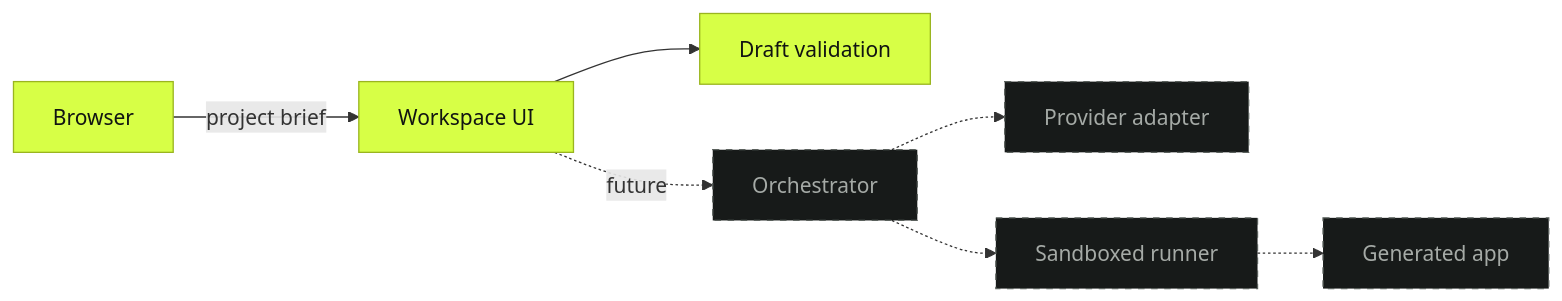
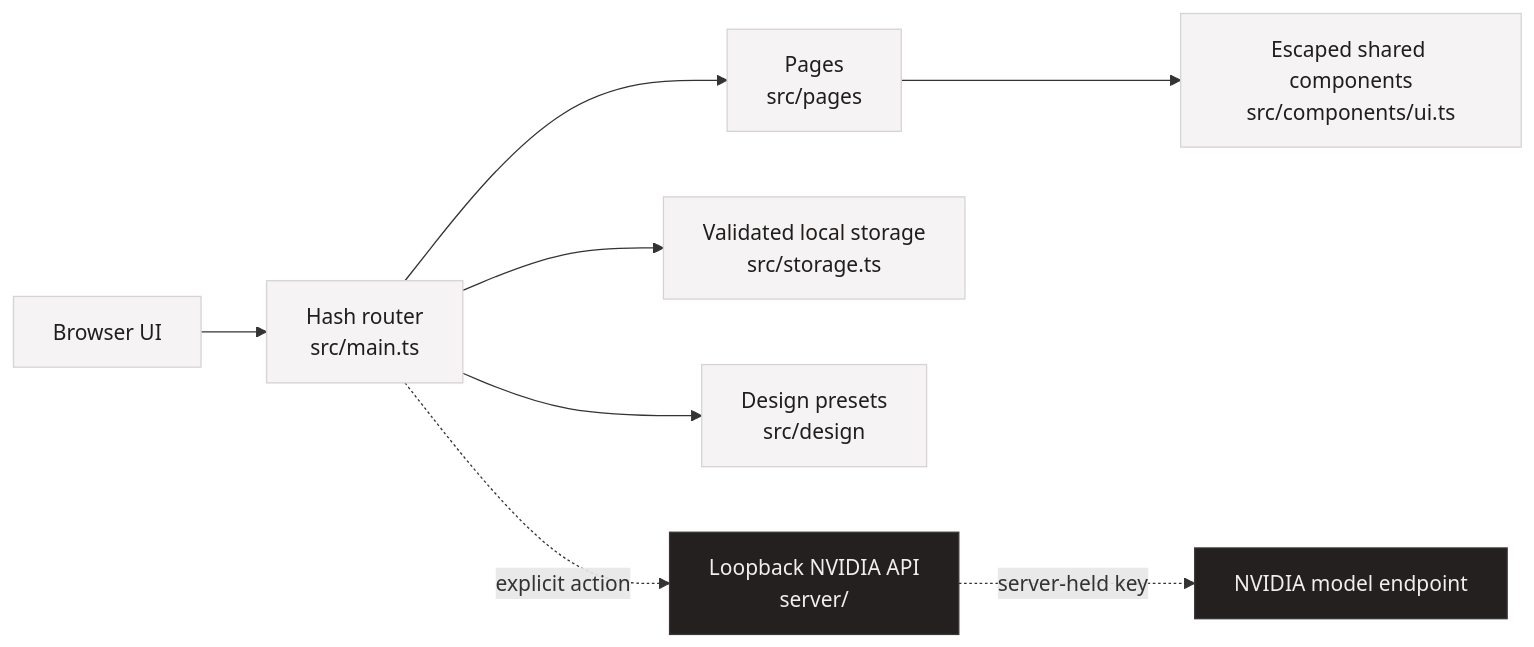
The diagram in README.md (shellcat-com/forge-ai), drawn with Mermaid before and after one commit. The commit also changed other lines of this file and 89 other files, not shown here.

````diff
--- a/README.md
+++ b/README.md
@@ -39,14 +38,15 @@
 ```mermaid
 flowchart LR
-  U[Browser] -->|project brief| W[Workspace UI]
-  W --> V[Draft validation]
-  W -. future .-> O[Orchestrator]
-  O -.-> P[Provider adapter]
-  O -.-> S[Sandboxed runner]
-  S -.-> A[Generated app]
+  B[Browser UI] --> R[Hash router<br>src/main.ts]
+  R --> P[Pages<br>src/pages]
+  R --> S[Validated local storage<br>src/storage.ts]
+  R --> D[Design presets<br>src/design]
+  P --> C[Escaped shared components<br>src/components/ui.ts]
+  R -. explicit action .-> A[Loopback NVIDIA API<br>server/]
+  A -. server-held key .-> N[NVIDIA model endpoint]
 
-  classDef live fill:#d7ff46,color:#111412,stroke:#9ab51f
-  classDef future fill:#171a19,color:#a5aaa6,stroke:#5a605c,stroke-dasharray:5 5
-  class U,W,V live
-  class O,P,S,A future
+  classDef local fill:#F5F3F3,color:#201D1D,stroke:#D8D3D3
+  classDef server fill:#252020,color:#F1EEEE,stroke:#3A3434
+  class B,R,P,S,D,C local
+  class A,N server
 ```
````
